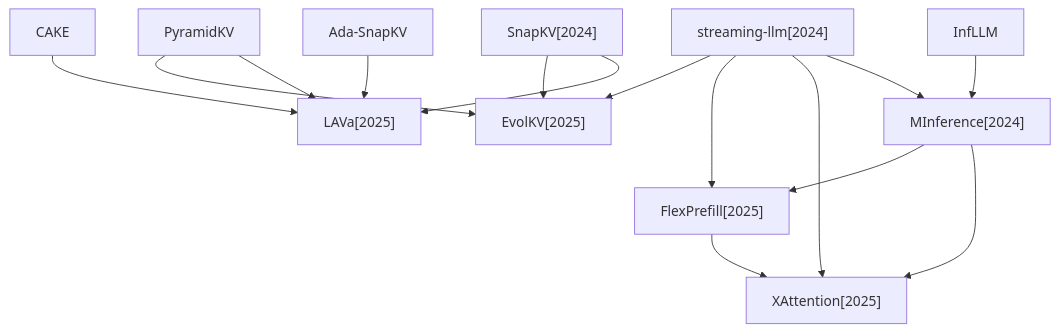
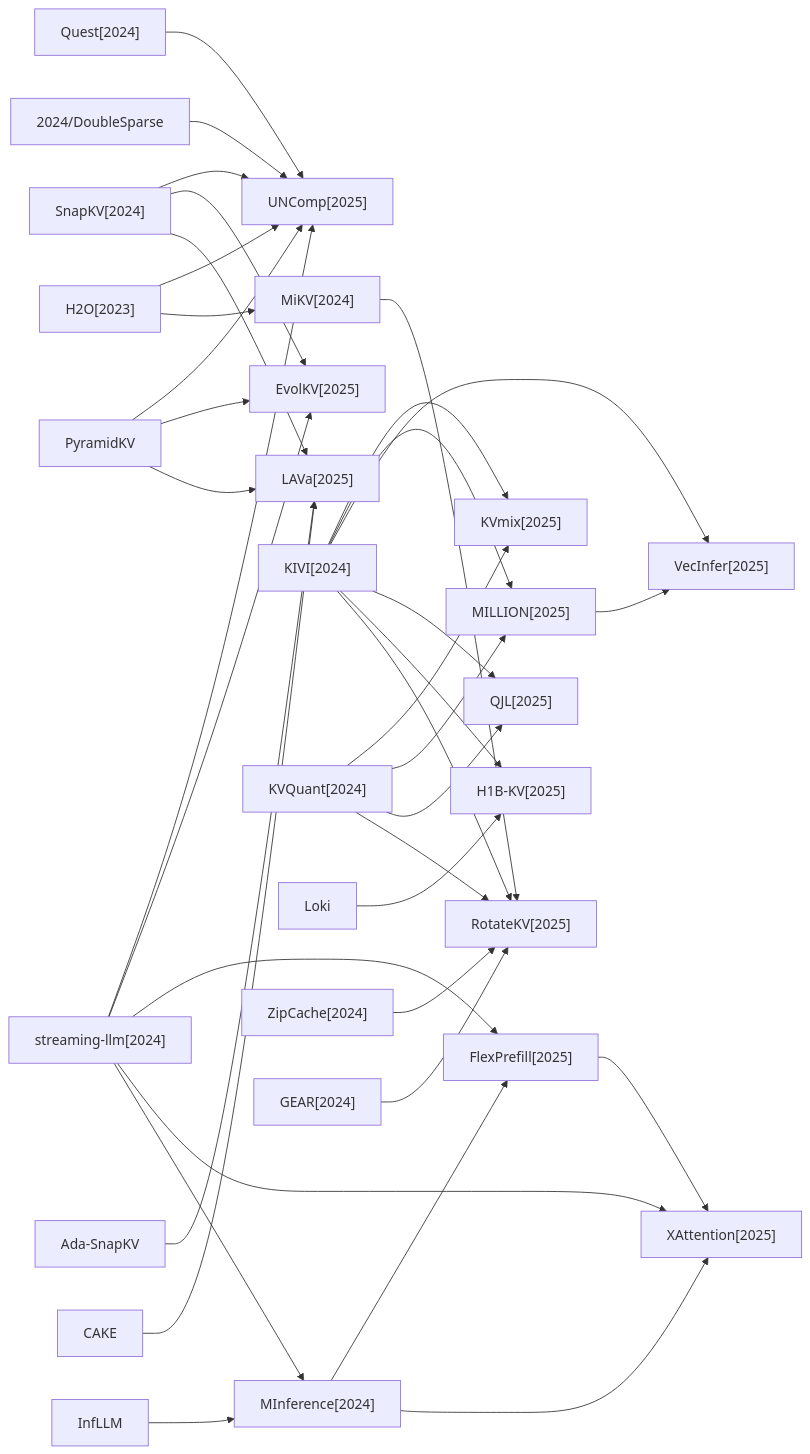
The third of 4 diagrams in docs/baseline_methods_graph.md (hustzxd/EfficientPaper), drawn with Mermaid before and after one commit. The commit also changed 29 other files, not shown here.

````diff
--- a/docs/baseline_methods_graph.md
+++ b/docs/baseline_methods_graph.md
@@ -44,28 +44,66 @@
 ```mermaid
-flowchart TD
+flowchart LR
+    2025_UNComp["UNComp[2025]"]
+    2023_H2O["H2O[2023]"]
+    2024_streaming_llm["streaming-llm[2024]"]
+    2024_SnapKV["SnapKV[2024]"]
     PyramidKV["PyramidKV"]
+    2024_Quest["Quest[2024]"]
+    2024_DoubleSparse["2024/DoubleSparse"]
+    2025_EvolKV["EvolKV[2025]"]
+    2025_LAVa["LAVa[2025]"]
+    Ada_SnapKV["Ada-SnapKV"]
     CAKE["CAKE"]
-    2024_SnapKV["SnapKV[2024]"]
-    2025_LAVa["LAVa[2025]"]
-    2024_streaming_llm["streaming-llm[2024]"]
+    2025_FlexPrefill["FlexPrefill[2025]"]
     2024_MInference["MInference[2024]"]
-    2025_EvolKV["EvolKV[2025]"]
-    2025_FlexPrefill["FlexPrefill[2025]"]
+    2025_KVmix["KVmix[2025]"]
+    2024_KIVI["KIVI[2024]"]
+    2024_KVQuant["KVQuant[2024]"]
+    2025_MILLION["MILLION[2025]"]
+    2025_VecInfer["VecInfer[2025]"]
+    2025_XAttention["XAttention[2025]"]
+    2025_QJL["QJL[2025]"]
+    2025_H1B_KV["H1B-KV[2025]"]
+    Loki["Loki"]
+    2025_RotateKV["RotateKV[2025]"]
+    2024_MiKV["MiKV[2024]"]
+    2024_ZipCache["ZipCache[2024]"]
+    2024_GEAR["GEAR[2024]"]
     InfLLM["InfLLM"]
-    Ada_SnapKV["Ada-SnapKV"]
-    2025_XAttention["XAttention[2025]"]
-    PyramidKV --> 2025_EvolKV
-    PyramidKV --> 2025_LAVa
-    CAKE --> 2025_LAVa
-    2024_SnapKV --> 2025_EvolKV
-    2024_SnapKV --> 2025_LAVa
+    2023_H2O --> 2025_UNComp
+    2023_H2O --> 2024_MiKV
+    2024_streaming_llm --> 2025_UNComp
     2024_streaming_llm --> 2025_EvolKV
     2024_streaming_llm --> 2025_FlexPrefill
     2024_streaming_llm --> 2025_XAttention
     2024_streaming_llm --> 2024_MInference
+    2024_SnapKV --> 2025_UNComp
+    2024_SnapKV --> 2025_EvolKV
+    2024_SnapKV --> 2025_LAVa
+    PyramidKV --> 2025_UNComp
+    PyramidKV --> 2025_EvolKV
+    PyramidKV --> 2025_LAVa
+    2024_Quest --> 2025_UNComp
+    2024_DoubleSparse --> 2025_UNComp
+    Ada_SnapKV --> 2025_LAVa
+    CAKE --> 2025_LAVa
+    2025_FlexPrefill --> 2025_XAttention
     2024_MInference --> 2025_FlexPrefill
     2024_MInference --> 2025_XAttention
-    2025_FlexPrefill --> 2025_XAttention
+    2024_KIVI --> 2025_KVmix
+    2024_KIVI --> 2025_MILLION
+    2024_KIVI --> 2025_VecInfer
+    2024_KIVI --> 2025_QJL
+    2024_KIVI --> 2025_H1B_KV
+    2024_KIVI --> 2025_RotateKV
+    2024_KVQuant --> 2025_KVmix
+    2024_KVQuant --> 2025_MILLION
+    2024_KVQuant --> 2025_QJL
+    2024_KVQuant --> 2025_RotateKV
+    2025_MILLION --> 2025_VecInfer
+    Loki --> 2025_H1B_KV
+    2024_MiKV --> 2025_RotateKV
+    2024_ZipCache --> 2025_RotateKV
+    2024_GEAR --> 2025_RotateKV
     InfLLM --> 2024_MInference
-    Ada_SnapKV --> 2025_LAVa
 ```
````
